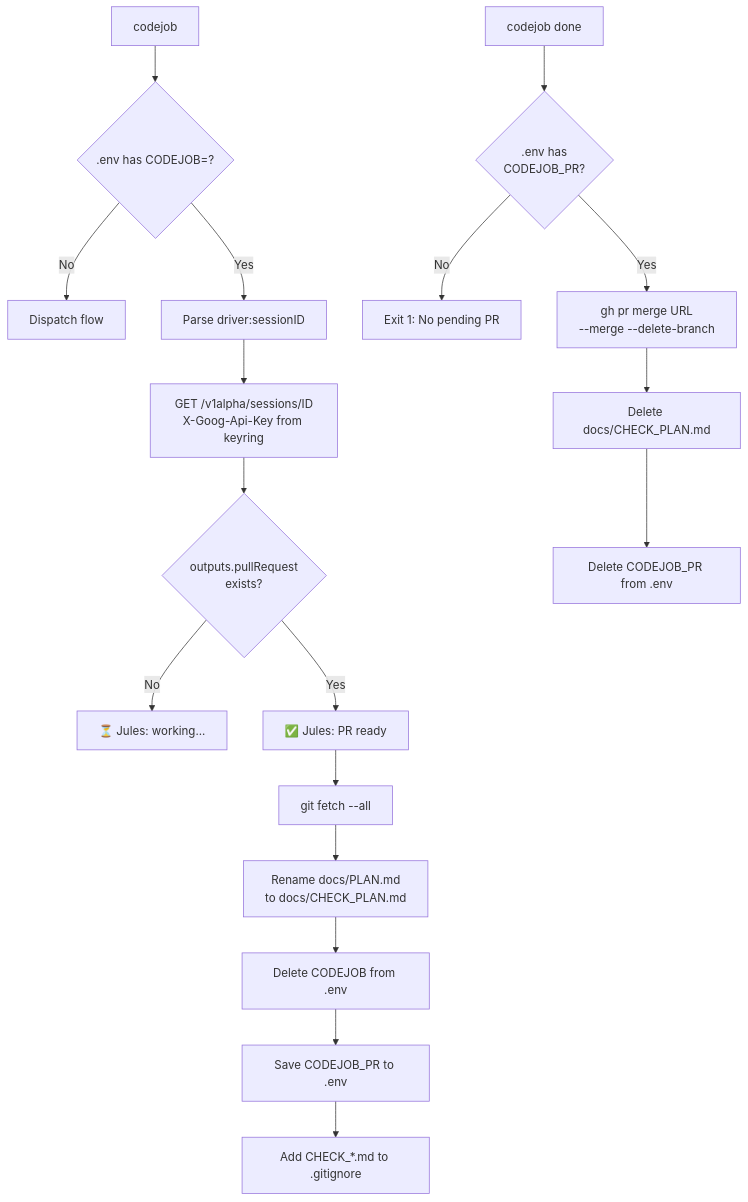
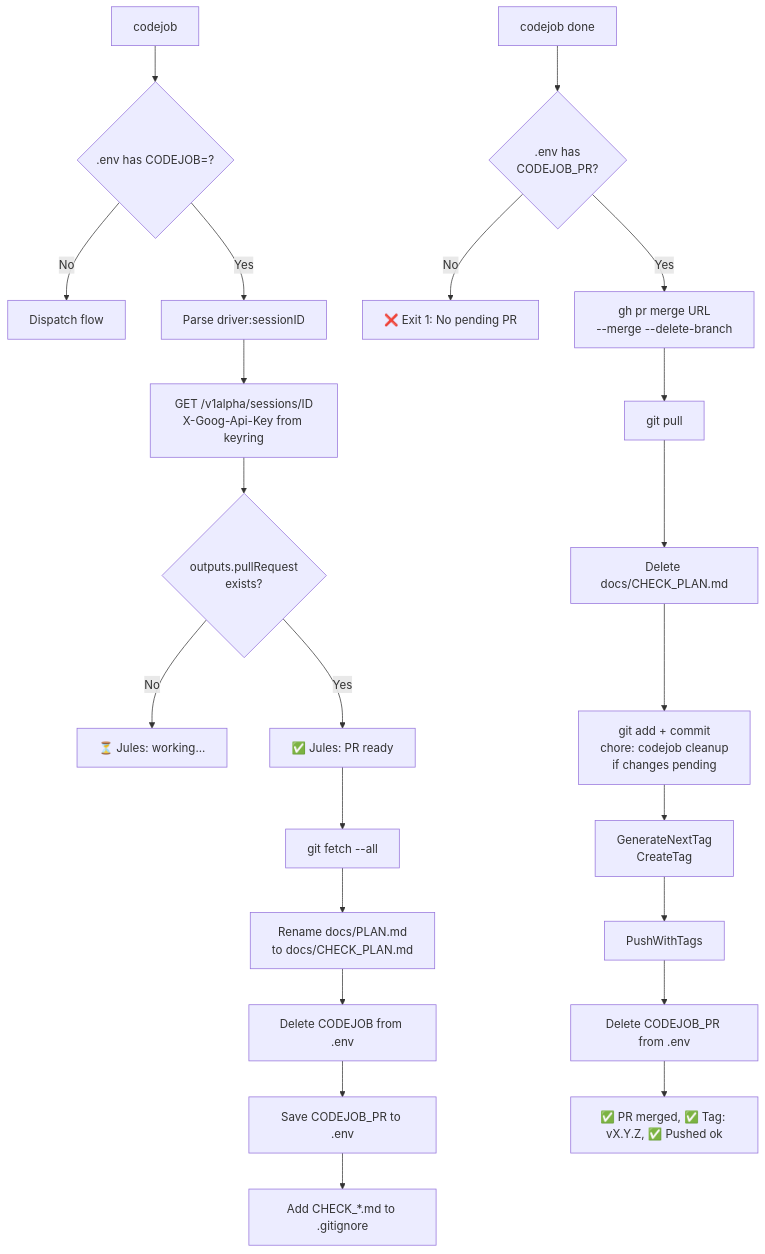
The diagram in docs/codejob/diagrams/CODEJOB_STATE_FLOW.md (tinywasm/devflow), drawn with Mermaid before and after one commit. The commit also changed 8 other files, not shown here.

````diff
--- a/docs/codejob/diagrams/CODEJOB_STATE_FLOW.md
+++ b/docs/codejob/diagrams/CODEJOB_STATE_FLOW.md
@@ -1,21 +1,26 @@
 ```mermaid
 flowchart TD
     A[codejob] --> B{.env has CODEJOB=?}
     B -->|No| C[Dispatch flow]
     B -->|Yes| D[Parse driver:sessionID]
     D --> E[GET /v1alpha/sessions/ID<br/>X-Goog-Api-Key from keyring]
     E --> F{outputs.pullRequest<br/>exists?}
     F -->|No| G[⏳ Jules: working...]
     F -->|Yes| H[✅ Jules: PR ready]
     H --> I[git fetch --all]
     I --> J[Rename docs/PLAN.md<br/>to docs/CHECK_PLAN.md]
     J --> K[Delete CODEJOB from .env]
     K --> L[Save CODEJOB_PR to .env]
     L --> M[Add CHECK_*.md to .gitignore]
 
     DONE[codejob done] --> PR_CHECK{.env has<br/>CODEJOB_PR?}
-    PR_CHECK -->|No| ERROR[Exit 1: No pending PR]
+    PR_CHECK -->|No| ERROR[❌ Exit 1: No pending PR]
     PR_CHECK -->|Yes| MERGE[gh pr merge URL<br/>--merge --delete-branch]
-    MERGE --> DELETE_CHECK[Delete docs/CHECK_PLAN.md]
-    DELETE_CHECK --> CLEAN_ENV[Delete CODEJOB_PR from .env]
+    MERGE --> PULL[git pull]
+    PULL --> DEL[Delete docs/CHECK_PLAN.md]
+    DEL --> COMMIT[git add + commit<br/>chore: codejob cleanup<br/>if changes pending]
+    COMMIT --> TAG[GenerateNextTag<br/>CreateTag]
+    TAG --> PUSH[PushWithTags]
+    PUSH --> CLEAN[Delete CODEJOB_PR from .env]
+    CLEAN --> RESULT[✅ PR merged, ✅ Tag: vX.Y.Z, ✅ Pushed ok]
 ```
````
